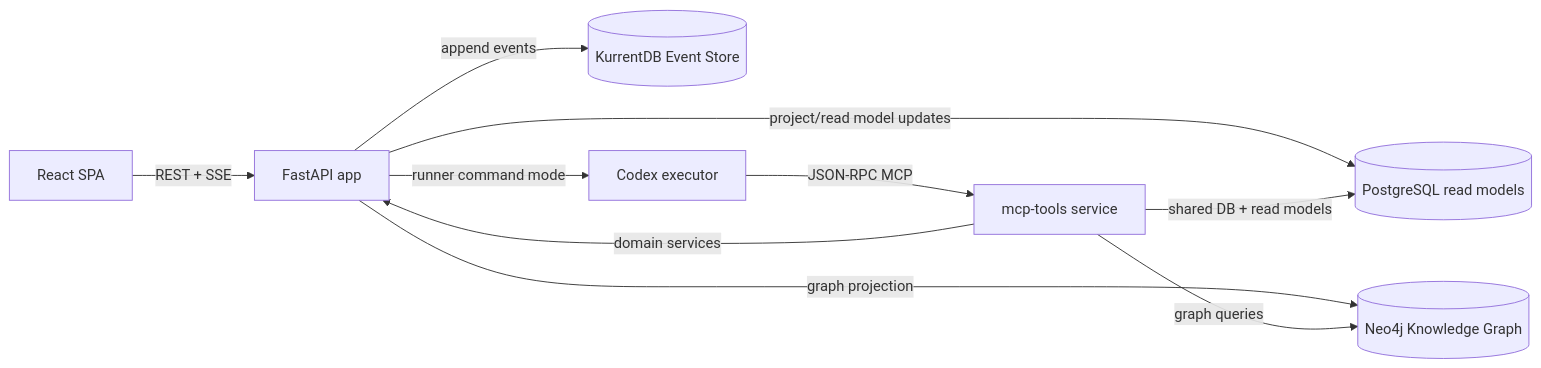
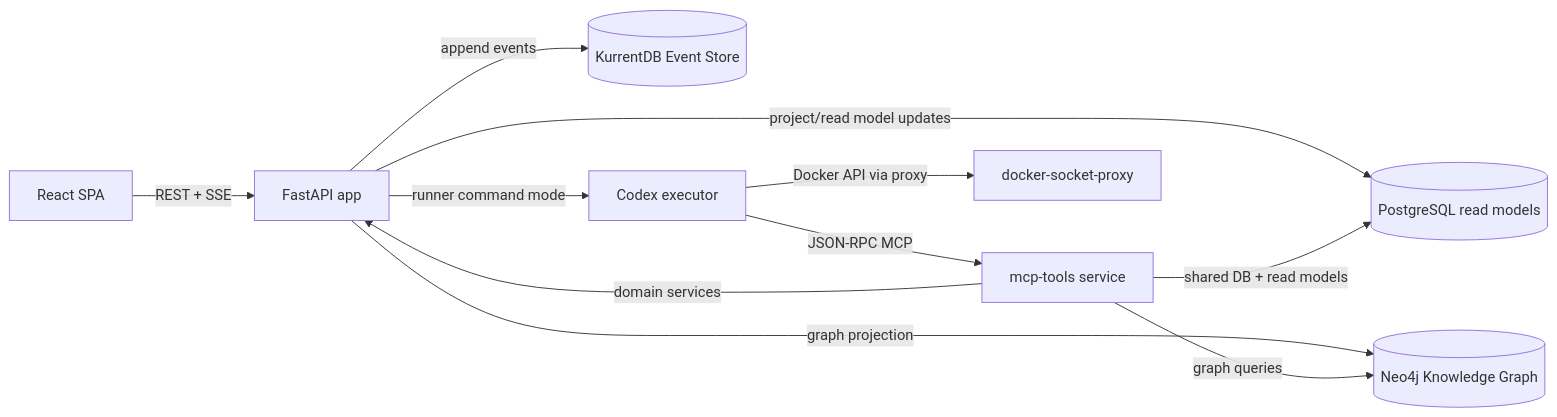
The diagram in README.md (nirm3l/constructos-dev), drawn with Mermaid before and after one commit. The commit also changed other lines of this file and 8 other files, not shown here.

````diff
--- a/README.md
+++ b/README.md
@@ -21,22 +21,24 @@
 ```mermaid
 graph LR
   UI[React SPA]
   API[FastAPI app]
   PG[(PostgreSQL read models)]
   ES[(KurrentDB Event Store)]
   N4[(Neo4j Knowledge Graph)]
   MCP[mcp-tools service]
+  DSP[docker-socket-proxy]
   COD[Codex executor]
 
   UI -->|REST + SSE| API
   API -->|append events| ES
   API -->|project/read model updates| PG
   API -->|graph projection| N4
 
   MCP -->|shared DB + read models| PG
   MCP -->|graph queries| N4
   MCP -->|domain services| API
 
+  COD -->|Docker API via proxy| DSP
   COD -->|JSON-RPC MCP| MCP
   API -->|runner command mode| COD
 ```
````
